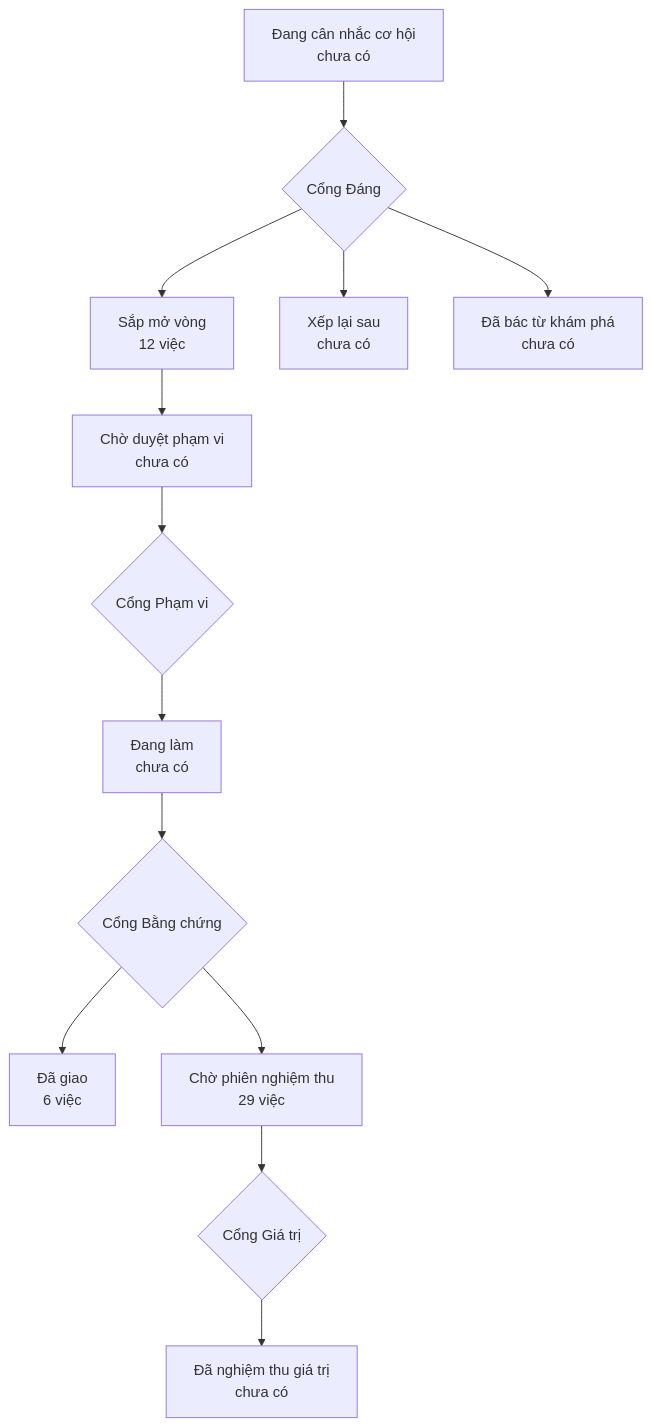
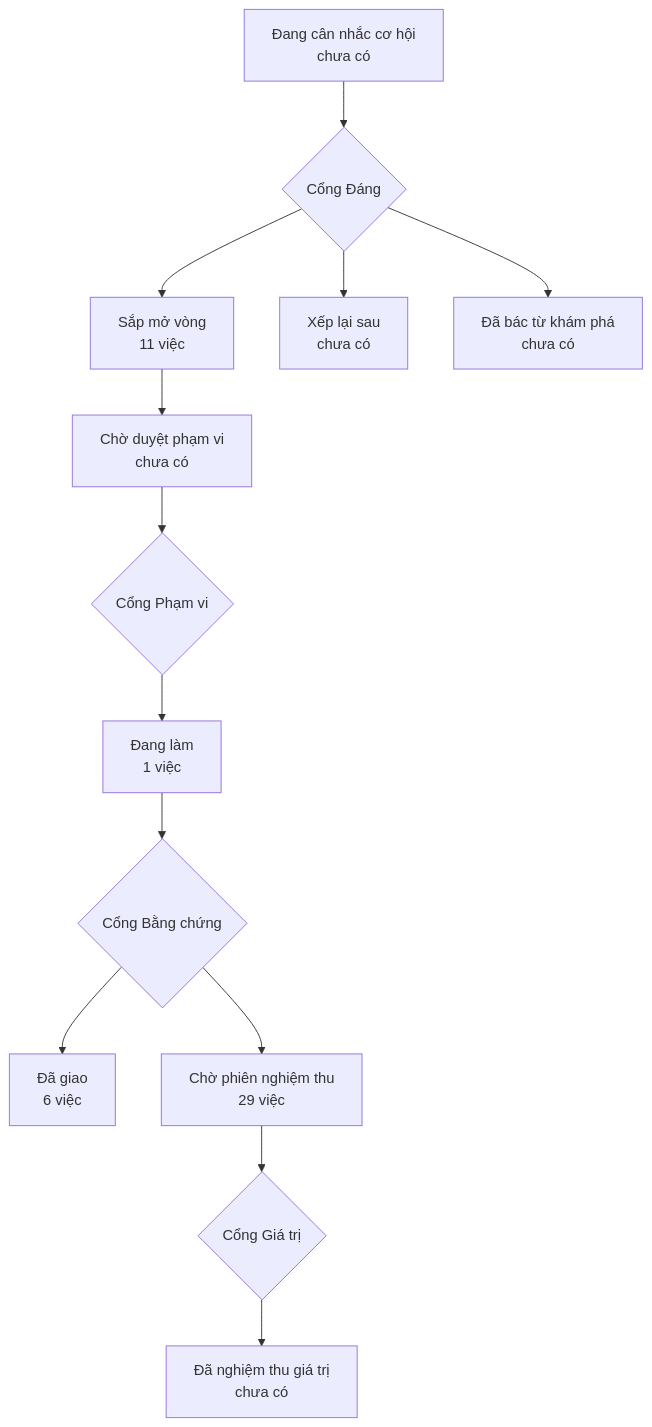
The diagram in PRODUCT-MAP.md (phanlemanh/onehub-quy-hang), drawn with Mermaid before and after one commit. The commit also changed other lines of this file and 3 other files, not shown here.

````diff
--- a/PRODUCT-MAP.md
+++ b/PRODUCT-MAP.md
@@ -7,12 +7,12 @@
 ```mermaid
 flowchart TD
   A["Đang cân nhắc cơ hội<br/>chưa có"] --> GD{"Cổng Đáng"}
-  GD --> B["Sắp mở vòng<br/>12 việc"]
+  GD --> B["Sắp mở vòng<br/>11 việc"]
   GD --> XL["Xếp lại sau<br/>chưa có"]
   GD --> DB["Đã bác từ khám phá<br/>chưa có"]
   B --> CD["Chờ duyệt phạm vi<br/>chưa có"] --> GP{"Cổng Phạm vi"}
-  GP --> DL["Đang làm<br/>chưa có"] --> GB{"Cổng Bằng chứng"}
+  GP --> DL["Đang làm<br/>1 việc"] --> GB{"Cổng Bằng chứng"}
   GB --> DG["Đã giao<br/>6 việc"]
   GB --> CN["Chờ phiên nghiệm thu<br/>29 việc"] --> GG{"Cổng Giá trị"}
   GG --> NT["Đã nghiệm thu giá trị<br/>chưa có"]
 ```
````
